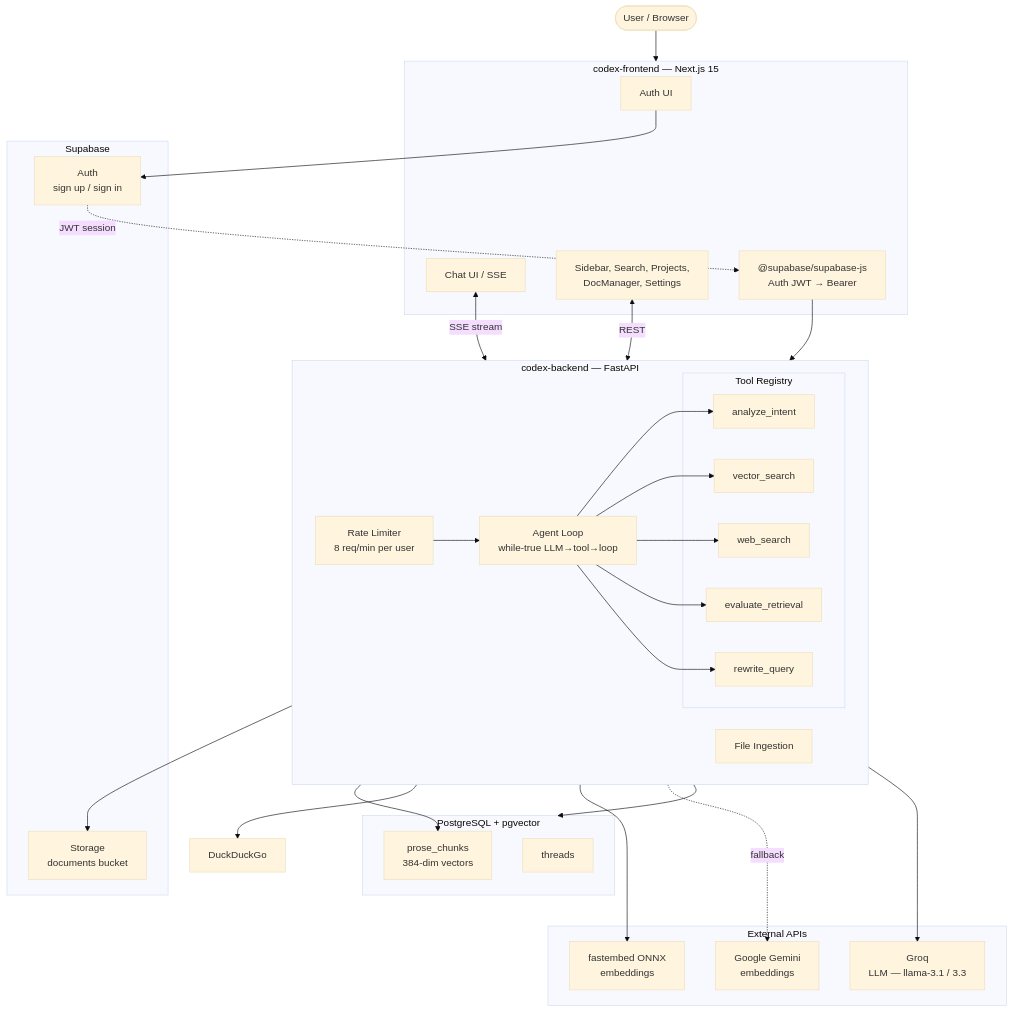
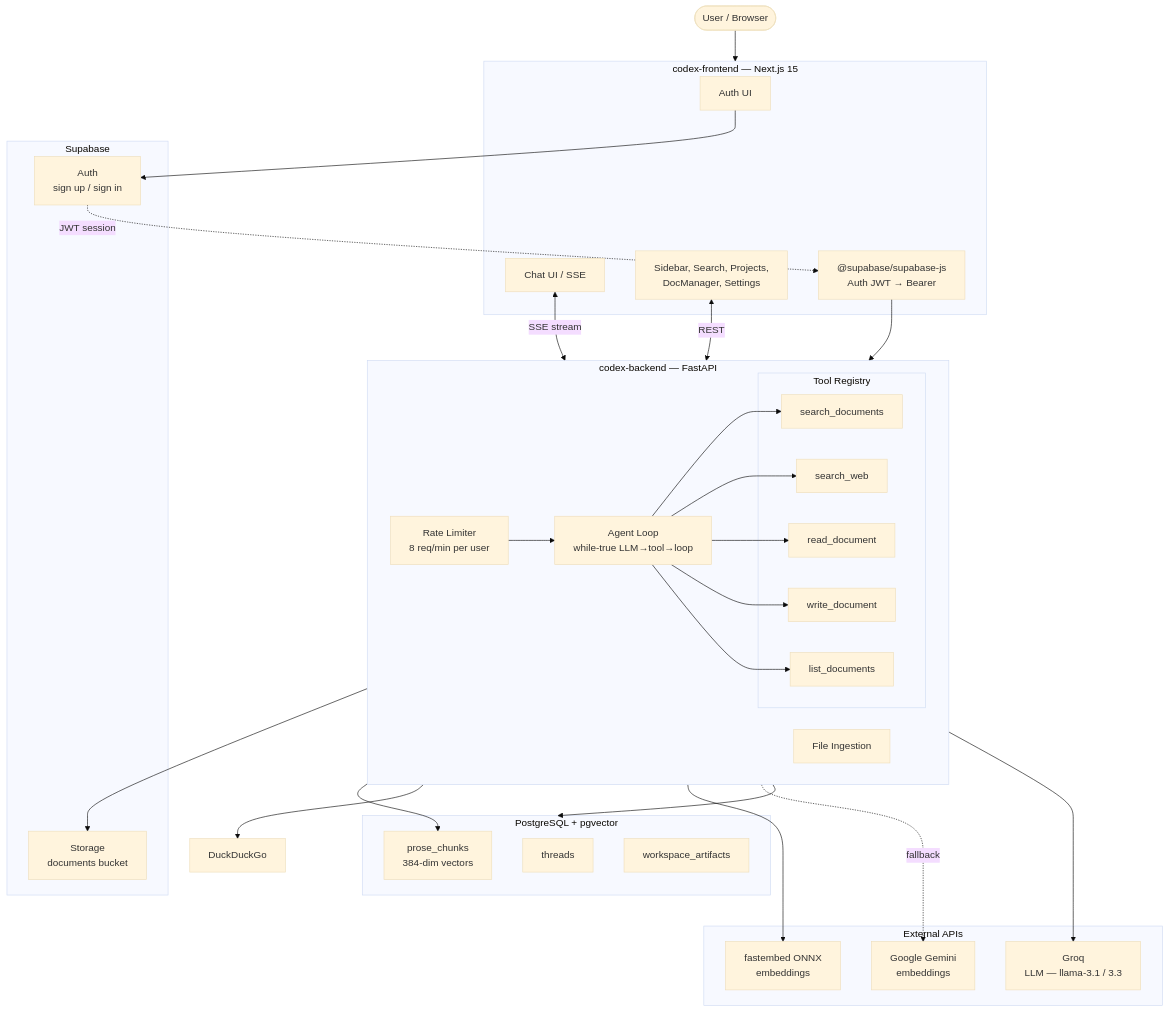
Before and after one commit to anmolsharma152/CodexEngine: the diagram in README.md, drawn with Mermaid (base theme). The commit also changed other lines of this file, not shown here.

First line of the commit message:
docs: rewrite README with v4/v5 positioning

````diff
--- a/README.md
+++ b/README.md
@@ -53,62 +63,63 @@
 ```mermaid
 flowchart TD
     User([User / Browser])
 
     subgraph Frontend [codex-frontend — Next.js 15]
         AuthUI[Auth UI]
         ChatUI[Chat UI / SSE]
         Comp[Sidebar, Search, Projects,<br>DocManager, Settings]
         SupaSDK["@supabase/supabase-js<br>Auth JWT → Bearer"]
     end
 
     subgraph Supabase [Supabase]
         SA[Auth<br>sign up / sign in]
         SB[Storage<br>documents bucket]
     end
 
     subgraph Backend [codex-backend — FastAPI]
         direction LR
         AL[Agent Loop<br>while-true LLM→tool→loop]
 
         subgraph Tools["Tool Registry"]
-            AI["analyze_intent"]
-            VS["vector_search"]
-            WS["web_search"]
-            ER["evaluate_retrieval"]
-            RQ["rewrite_query"]
+            SD["search_documents"]
+            SW["search_web"]
+            RD["read_document"]
+            WD["write_document"]
+            LD["list_documents"]
         end
 
         Rate[Rate Limiter<br>8 req/min per user]
         Ing[File Ingestion]
     end
 
     subgraph DB [PostgreSQL + pgvector]
         Threads[threads]
         Chunks[prose_chunks<br>384-dim vectors]
+        Artifacts[workspace_artifacts]
     end
 
     subgraph External [External APIs]
         Groq[Groq<br>LLM — llama-3.1 / 3.3]
         Gemini[Google Gemini<br>embeddings]
         FastEmbed[fastembed ONNX<br>embeddings]
     end
 
     User --> Frontend
     AuthUI --> SA
     SA -.->|JWT session| SupaSDK
     SupaSDK --> Backend
     ChatUI <-->|SSE stream| Backend
     Comp <-->|REST| Backend
 
     Rate --> AL
-    AL --> AI & VS & WS & ER & RQ
-    VS --> Chunks
-    WS --> DuckDuckGo
+    AL --> SD & SW & RD & WD & LD
+    SD --> Chunks
+    SW --> DuckDuckGo
 
     Backend --> SB
     Backend --> DB
     Backend --> Groq
 
-    VS ---> FastEmbed
-    VS -.->|fallback| Gemini
+    SD ---> FastEmbed
+    SD -.->|fallback| Gemini
 ```
````
